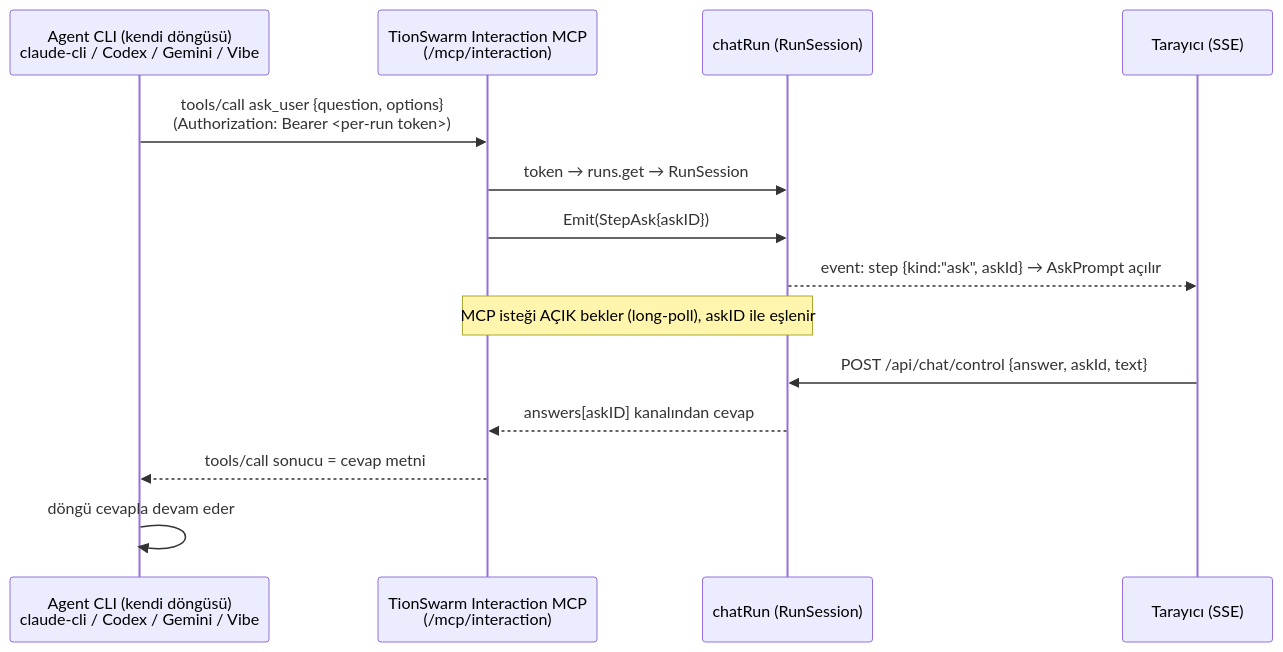
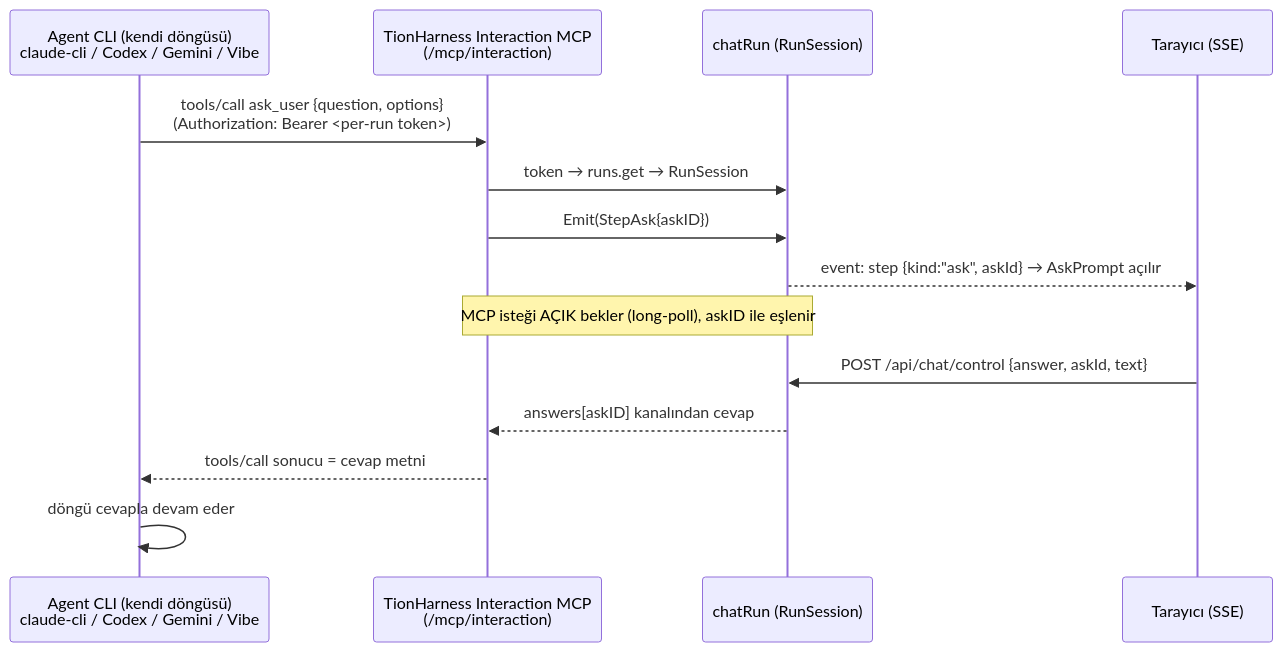
One commit to bilal-arikan/tionharness changed the second of 2 diagrams in _Docs/11-INTERACTION-MCP.md. Above: the diagram before and after it, drawn with Mermaid. The commit also changed other lines of this file and 831 other files, not shown here.

First line of the commit message:
rename: TionSwarm -> TionHarness across the whole project

````diff
--- a/_Docs/11-INTERACTION-MCP.md
+++ b/_Docs/11-INTERACTION-MCP.md
@@ -87,17 +87,17 @@
 ```mermaid
 sequenceDiagram
     participant CLI as Agent CLI (kendi döngüsü)<br/>claude-cli / Codex / Gemini / Vibe
-    participant MCP as TionSwarm Interaction MCP<br/>(/mcp/interaction)
+    participant MCP as TionHarness Interaction MCP<br/>(/mcp/interaction)
     participant Run as chatRun (RunSession)
     participant UI as Tarayıcı (SSE)
 
     CLI->>MCP: tools/call ask_user {question, options}<br/>(Authorization: Bearer <per-run token>)
     MCP->>Run: token → runs.get → RunSession
     MCP->>Run: Emit(StepAsk{askID})
     Run-->>UI: event: step {kind:"ask", askId} → AskPrompt açılır
     Note over MCP,Run: MCP isteği AÇIK bekler (long-poll), askID ile eşlenir
     UI->>Run: POST /api/chat/control {answer, askId, text}
     Run-->>MCP: answers[askID] kanalından cevap
     MCP-->>CLI: tools/call sonucu = cevap metni
     CLI->>CLI: döngü cevapla devam eder
 ```
````
